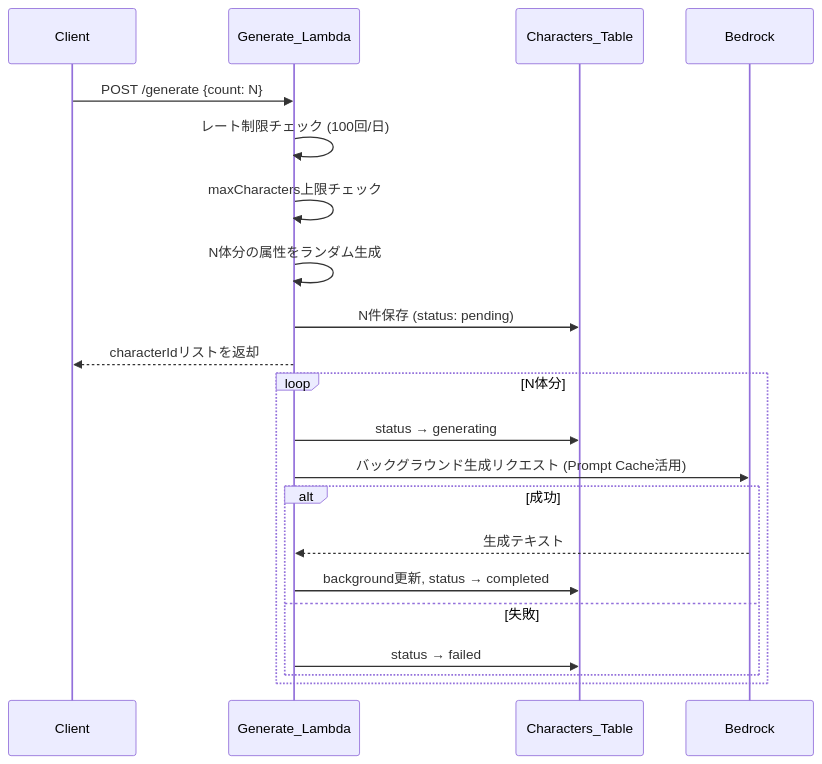
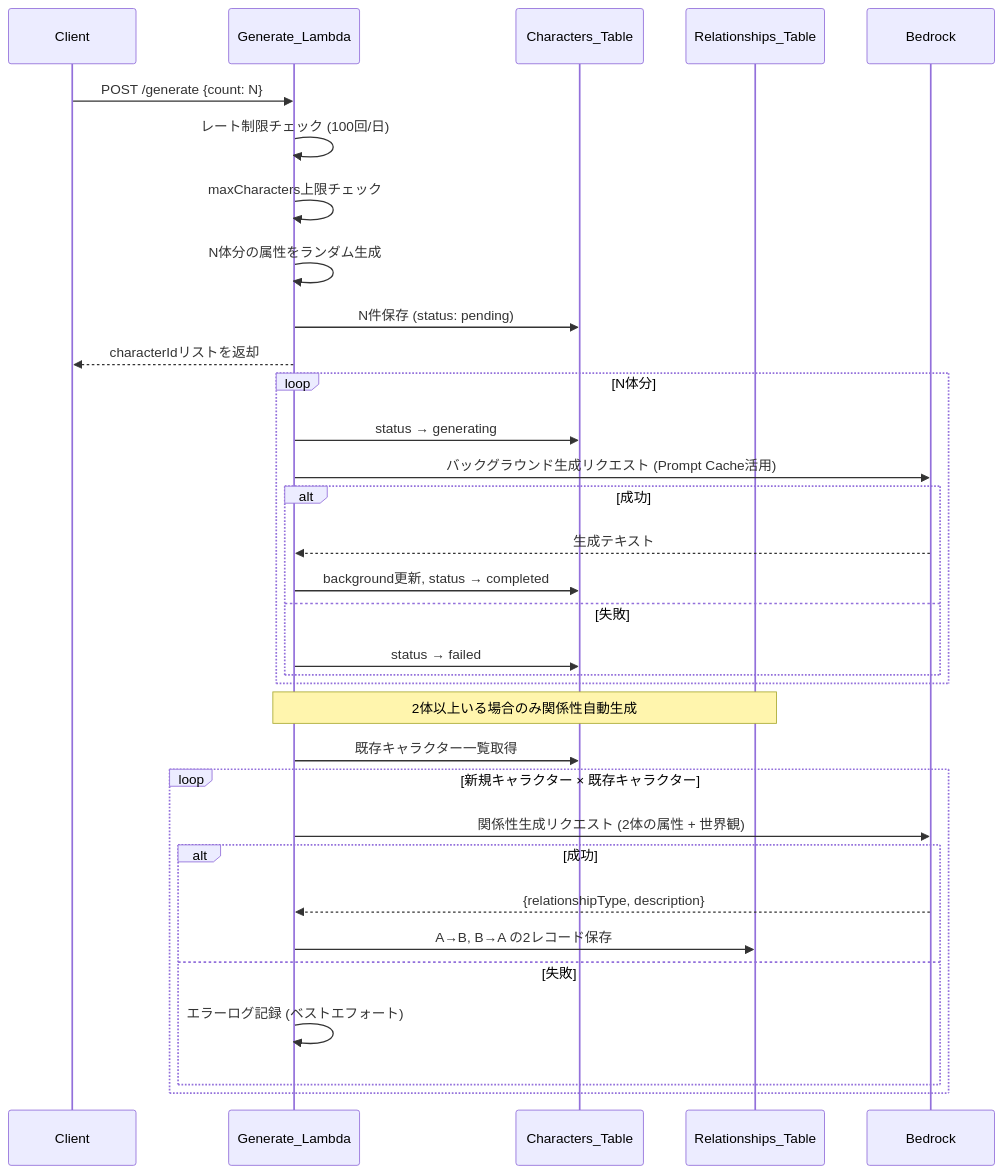
Before and after one commit to sugumura/character-generator: the second of 3 diagrams in .kiro/specs/character-generator/design.md, drawn with Mermaid. The commit also changed 3 other files, not shown here.

````diff
--- a/.kiro/specs/character-generator/design.md
+++ b/.kiro/specs/character-generator/design.md
@@ -118,24 +118,36 @@
 ```mermaid
 sequenceDiagram
     participant Client
     participant GL as Generate_Lambda
     participant DDB as Characters_Table
+    participant RDDB as Relationships_Table
     participant BR as Bedrock
 
     Client->>GL: POST /generate {count: N}
     GL->>GL: レート制限チェック (100回/日)
     GL->>GL: maxCharacters上限チェック
     GL->>GL: N体分の属性をランダム生成
     GL->>DDB: N件保存 (status: pending)
     GL-->>Client: characterIdリストを返却
     loop N体分
         GL->>DDB: status → generating
         GL->>BR: バックグラウンド生成リクエスト (Prompt Cache活用)
         alt 成功
             BR-->>GL: 生成テキスト
             GL->>DDB: background更新, status → completed
         else 失敗
             GL->>DDB: status → failed
         end
     end
+    Note over GL,RDDB: 2体以上いる場合のみ関係性自動生成
+    GL->>DDB: 既存キャラクター一覧取得
+    loop 新規キャラクター × 既存キャラクター
+        GL->>BR: 関係性生成リクエスト (2体の属性 + 世界観)
+        alt 成功
+            BR-->>GL: {relationshipType, description}
+            GL->>RDDB: A→B, B→A の2レコード保存
+        else 失敗
+            GL->>GL: エラーログ記録 (ベストエフォート)
+        end
+    end
 ```
````
